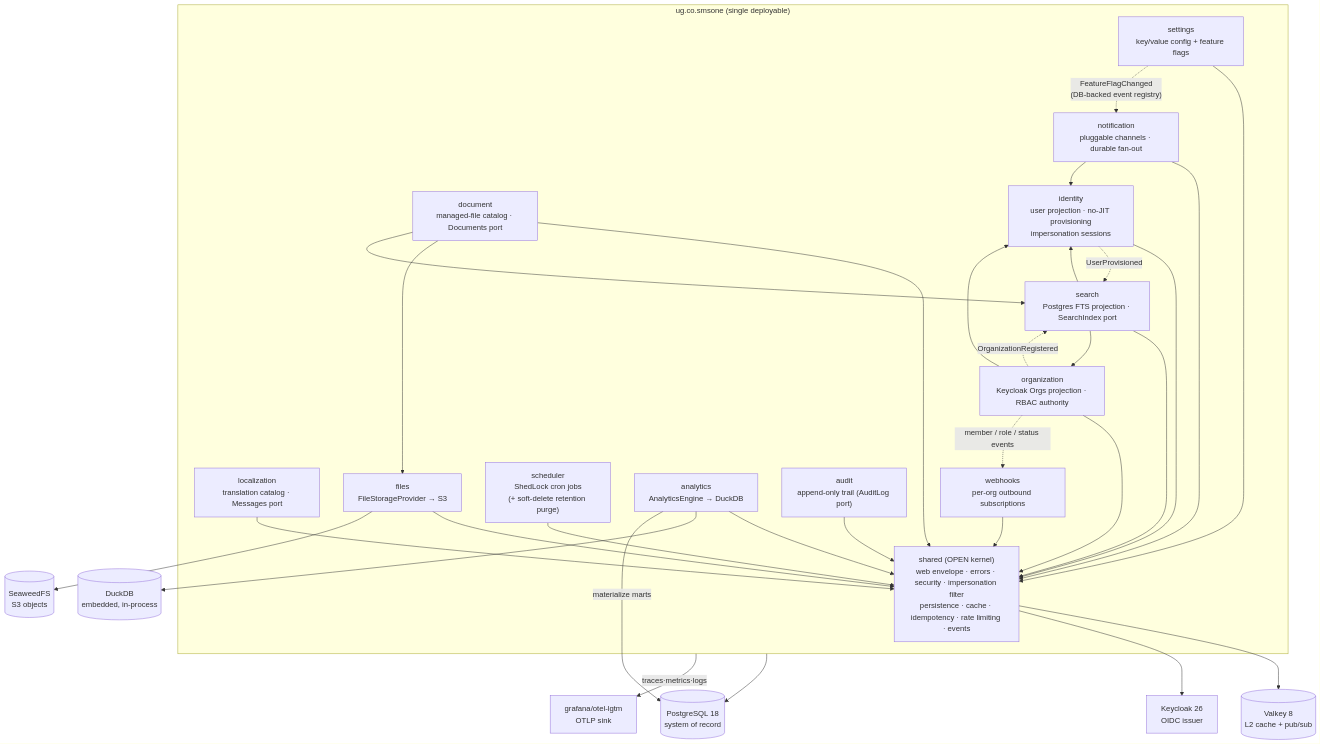
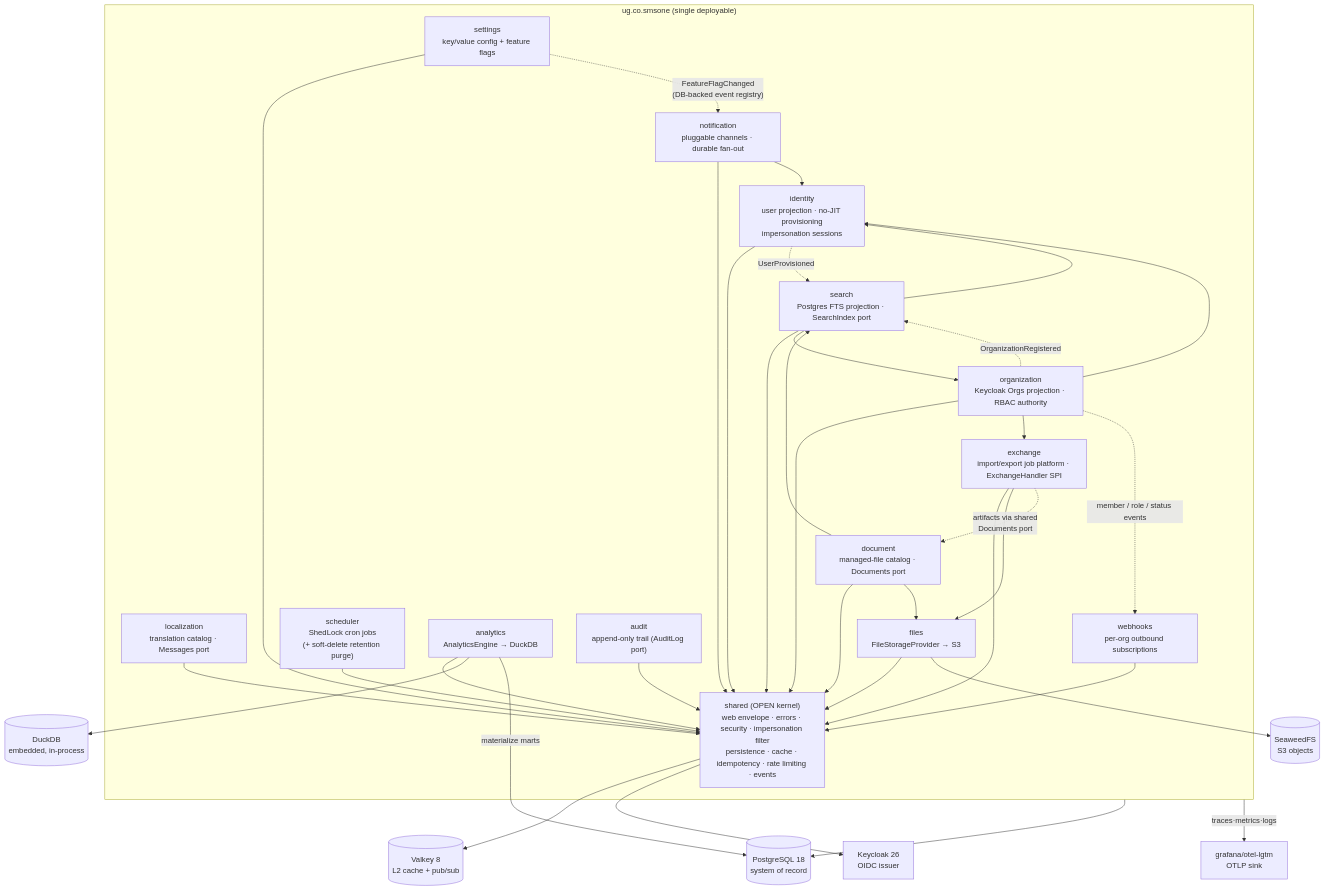
The first of 2 diagrams in docs/ARCHITECTURE.md (Paul-Ayesiga/enterprise-modulith-template), drawn with Mermaid before and after one commit. The commit also changed 63 other files, not shown here.

First line of the commit message:
feat(exchange): the Data Exchange Platform — resumable import/export jobs (V24)

````diff
--- a/docs/ARCHITECTURE.md
+++ b/docs/ARCHITECTURE.md
@@ -13,58 +13,63 @@
 ```mermaid
 flowchart TB
     subgraph app["ug.co.smsone (single deployable)"]
         shared["shared (OPEN kernel)\nweb envelope · errors · security · impersonation filter\npersistence · cache · idempotency · rate limiting · events"]
         settings["settings\nkey/value config + feature flags"]
         localization["localization\ntranslation catalog · Messages port"]
         search["search\nPostgres FTS projection · SearchIndex port"]
         document["document\nmanaged-file catalog · Documents port"]
+        exchange["exchange\nimport/export job platform · ExchangeHandler SPI"]
         files["files\nFileStorageProvider → S3"]
         scheduler["scheduler\nShedLock cron jobs\n(+ soft-delete retention purge)"]
         analytics["analytics\nAnalyticsEngine → DuckDB"]
         notification["notification\npluggable channels · durable fan-out"]
         identity["identity\nuser projection · no-JIT provisioning\nimpersonation sessions"]
         organization["organization\nKeycloak Orgs projection · RBAC authority"]
         audit["audit\nappend-only trail (AuditLog port)"]
         webhooks["webhooks\nper-org outbound subscriptions"]
     end
 
     settings --> shared
     localization --> shared
     files --> shared
     scheduler --> shared
     analytics --> shared
     notification --> shared
     identity --> shared
     organization --> shared
     audit --> shared
     webhooks --> shared
 
     organization --> identity
     notification --> identity
     search --> shared
     search --> identity
     search --> organization
     document --> shared
     document --> files
     document --> search
+    exchange --> shared
+    exchange --> files
+    organization --> exchange
+    exchange -. "artifacts via shared\nDocuments port" .-> document
 
     settings -. "FeatureFlagChanged\n(DB-backed event registry)" .-> notification
     organization -. "member / role / status events" .-> webhooks
     organization -. "OrganizationRegistered" .-> search
     identity -. "UserProvisioned" .-> search
 
     postgres[("PostgreSQL 18\nsystem of record")]
     valkey[("Valkey 8\nL2 cache + pub/sub")]
     seaweed[("SeaweedFS\nS3 objects")]
     keycloak["Keycloak 26\nOIDC issuer"]
     duckdb[("DuckDB\nembedded, in-process")]
     lgtm["grafana/otel-lgtm\nOTLP sink"]
 
     app --> postgres
     shared --> valkey
     files --> seaweed
     shared --> keycloak
     analytics --> duckdb
     analytics -- "materialize marts" --> postgres
     app -- "traces·metrics·logs" --> lgtm
 ```
````
